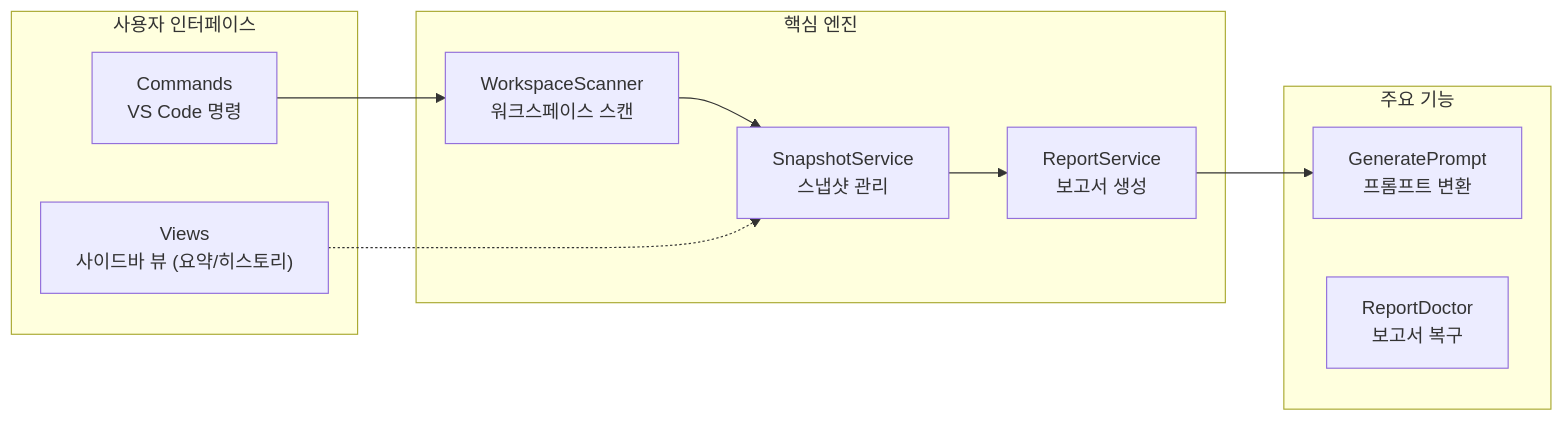
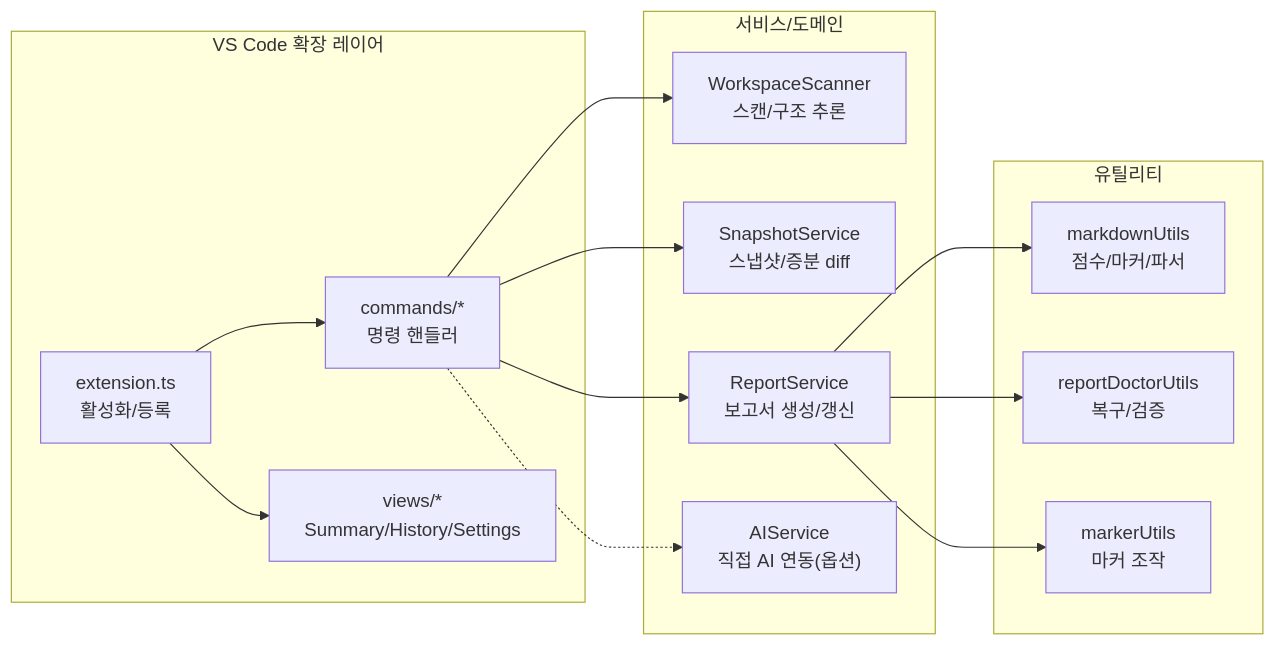
One commit to Stankjedi/projectmanager changed the diagram in devplan/Project_Evaluation_Report.md. Above: the diagram before and after it, drawn with Mermaid. The commit also changed other lines of this file and 82 other files, not shown here.

````diff
--- a/devplan/Project_Evaluation_Report.md
+++ b/devplan/Project_Evaluation_Report.md
@@ -67,21 +66,29 @@
 ```mermaid
 flowchart LR
-    subgraph Core["핵심 엔진"]
-        Scanner["WorkspaceScanner<br/>워크스페이스 스캔"]
-        Snapshot["SnapshotService<br/>스냅샷 관리"]
-        Report["ReportService<br/>보고서 생성"]
+    subgraph Extension["VS Code 확장 레이어"]
+        Entry["extension.ts<br/>활성화/등록"]
+        Commands["commands/*<br/>명령 핸들러"]
+        Views["views/*<br/>Summary/History/Settings"]
     end
-    subgraph UI["사용자 인터페이스"]
-        Commands["Commands<br/>VS Code 명령"]
-        Views["Views<br/>사이드바 뷰 (요약/히스토리)"]
+    subgraph Services["서비스/도메인"]
+        Scanner["WorkspaceScanner<br/>스캔/구조 추론"]
+        Snapshot["SnapshotService<br/>스냅샷/증분 diff"]
+        Report["ReportService<br/>보고서 생성/갱신"]
+        AI["AIService<br/>직접 AI 연동(옵션)"]
     end
-    subgraph Feature["주요 기능"]
-        Prompt["GeneratePrompt<br/>프롬프트 변환"]
-        Doctor["ReportDoctor<br/>보고서 복구"]
+    subgraph Utils["유틸리티"]
+        Markdown["markdownUtils<br/>점수/마커/파서"]
+        Doctor["reportDoctorUtils<br/>복구/검증"]
+        Marker["markerUtils<br/>마커 조작"]
     end
+
+    Entry --> Commands
+    Entry --> Views
     Commands --> Scanner
-    Scanner --> Snapshot
-    Snapshot --> Report
-    Report --> Prompt
-    Views -.-> Snapshot
+    Commands --> Snapshot
+    Commands --> Report
+    Report --> Markdown
+    Report --> Doctor
+    Report --> Marker
+    Commands -.-> AI
 ```
````
